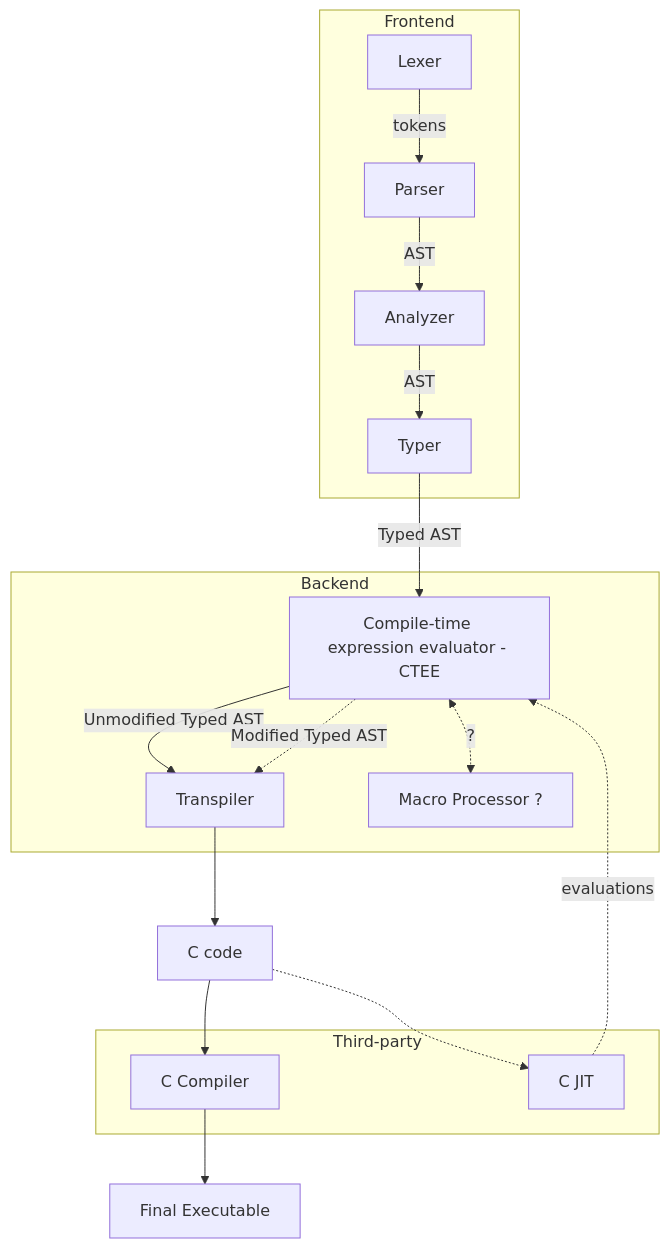
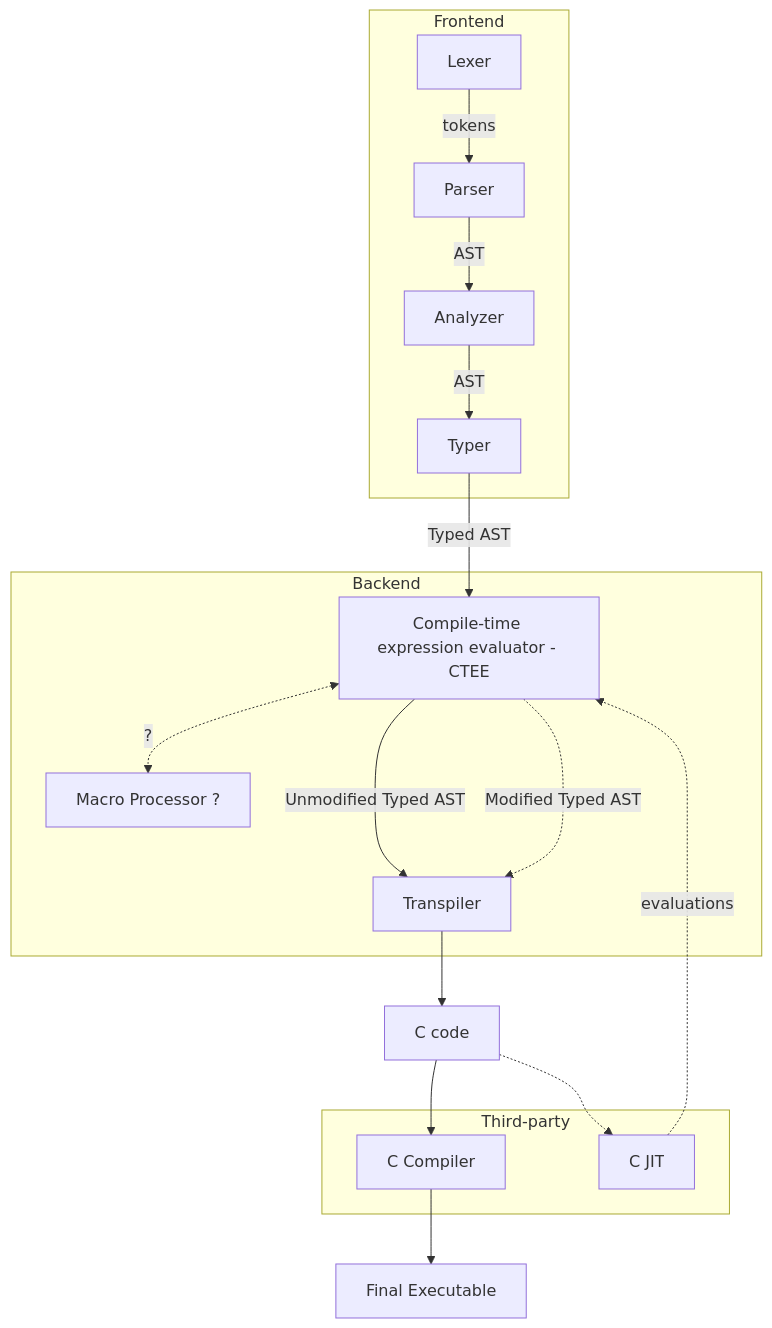
One commit to kvbc/rylang changed the diagram in README.md. Above: the diagram before and after it, drawn with Mermaid.

Commit message:
readme graph

````diff
--- a/README.md
+++ b/README.md
@@ -17,29 +17,29 @@
 ```mermaid
 graph TD
     Lexer --> |tokens| Parser
     Parser --> |AST| Analyzer
     Analyzer --> |AST| Typer
     Typer --> |Typed AST| CTEE[Compile-time expression evaluator - CTEE]
     subgraph Frontend
         Lexer & Parser & Analyzer & Typer
     end
 
-    CTEE --> |Unmodified Typed AST| Transpiler
+    CTEE ---> |Unmodified Typed AST| Transpiler
     CTEE .-> |Modified Typed AST| Transpiler
     Transpiler --> C[C code]
     C --> CComp[C Compiler]
 
     C .-> JIT[C JIT]
     JIT .-> |evaluations| CTEE
     CTEE <.-> |?| Macro[Macro Processor ?]
 
     subgraph Third-party
         JIT & CComp
     end
 
     subgraph Backend
         Macro & CTEE & Transpiler
     end
 
     CComp --> EXE[Final Executable]
 ```
````
